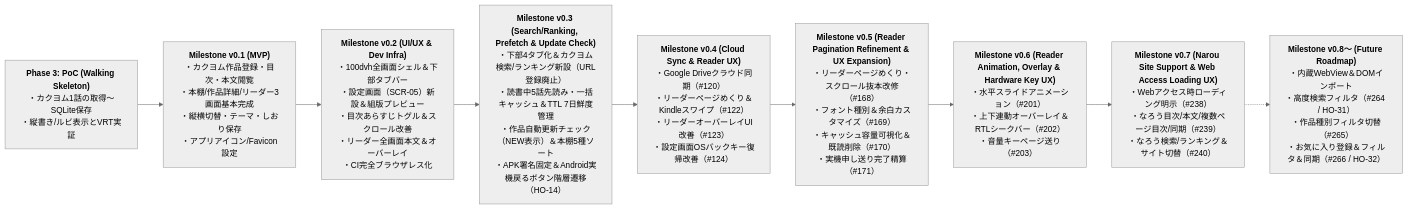
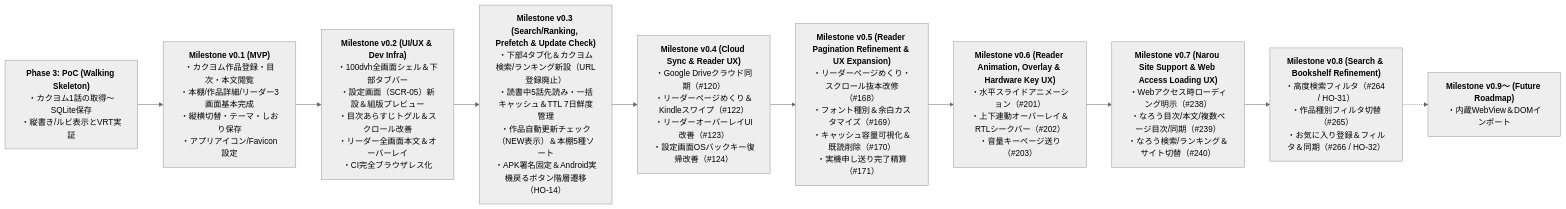
The diagram in docs/specs/requirements.md (high-soar/Yommy), drawn with Mermaid (neutral theme) before and after one commit. The commit also changed other lines of this file and 32 other files, not shown here.

````diff
--- a/docs/specs/requirements.md
+++ b/docs/specs/requirements.md
@@ -194,14 +194,15 @@
 ```mermaid
 flowchart LR
     PoC["<b>Phase 3: PoC (Walking Skeleton)</b><br>・カクヨム1話の取得〜SQLite保存<br>・縦書き/ルビ表示とVRT実証"]
     M1["<b>Milestone v0.1 (MVP)</b><br>・カクヨム作品登録・目次・本文閲覧<br>・本棚/作品詳細/リーダー3画面基本完成<br>・縦横切替・テーマ・しおり保存<br>・アプリアイコン/Favicon設定"]
     M2["<b>Milestone v0.2 (UI/UX & Dev Infra)</b><br>・100dvh全画面シェル＆下部タブバー<br>・設定画面（SCR-05）新設＆組版プレビュー<br>・目次あらすじトグル＆スクロール改善<br>・リーダー全画面本文＆オーバーレイ<br>・CI完全ブラウザレス化"]
     M3["<b>Milestone v0.3 (Search/Ranking, Prefetch & Update Check)</b><br>・下部4タブ化＆カクヨム検索/ランキング新設（URL登録廃止）<br>・読書中5話先読み・一括キャッシュ＆TTL 7日鮮度管理<br>・作品自動更新チェック（NEW表示）＆本棚5種ソート<br>・APK署名固定＆Android実機戻るボタン階層遷移（HO-14）"]
     M4["<b>Milestone v0.4 (Cloud Sync & Reader UX)</b><br>・Google Driveクラウド同期（#120）<br>・リーダーページめくり＆Kindleスワイプ（#122）<br>・リーダーオーバーレイUI改善（#123）<br>・設定画面OSバックキー復帰改善（#124）"]
     M5["<b>Milestone v0.5 (Reader Pagination Refinement & UX Expansion)</b><br>・リーダーページめくり・スクロール抜本改修（#168）<br>・フォント種別＆余白カスタマイズ（#169）<br>・キャッシュ容量可視化＆既読削除（#170）<br>・実機申し送り完了精算（#171）"]
     M6["<b>Milestone v0.6 (Reader Animation, Overlay & Hardware Key UX)</b><br>・水平スライドアニメーション（#201）<br>・上下連動オーバーレイ＆RTLシークバー（#202）<br>・音量キーページ送り（#203）"]
     M7["<b>Milestone v0.7 (Narou Site Support & Web Access Loading UX)</b><br>・Webアクセス時ローディング明示（#238）<br>・なろう目次/本文/複数ページ目次/同期（#239）<br>・なろう検索/ランキング＆サイト切替（#240）"]
-    M8["<b>Milestone v0.8〜 (Future Roadmap)</b><br>・内蔵WebView＆DOMインポート<br>・高度検索フィルタ（#264 / HO-31）<br>・作品種別フィルタ切替（#265）<br>・お気に入り登録＆フィルタ＆同期（#266 / HO-32）"]
+    M8["<b>Milestone v0.8 (Search & Bookshelf Refinement)</b><br>・高度検索フィルタ（#264 / HO-31）<br>・作品種別フィルタ切替（#265）<br>・お気に入り登録＆フィルタ＆同期（#266 / HO-32）"]
+    M9["<b>Milestone v0.9〜 (Future Roadmap)</b><br>・内蔵WebView＆DOMインポート"]
 
-    PoC --> M1 --> M2 --> M3 --> M4 --> M5 --> M6 --> M7 -.-> M8
+    PoC --> M1 --> M2 --> M3 --> M4 --> M5 --> M6 --> M7 --> M8 -.-> M9
 ```
````
